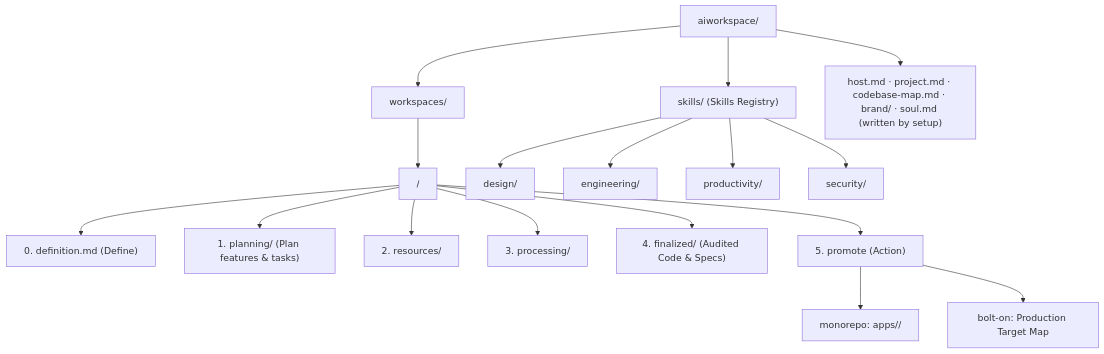
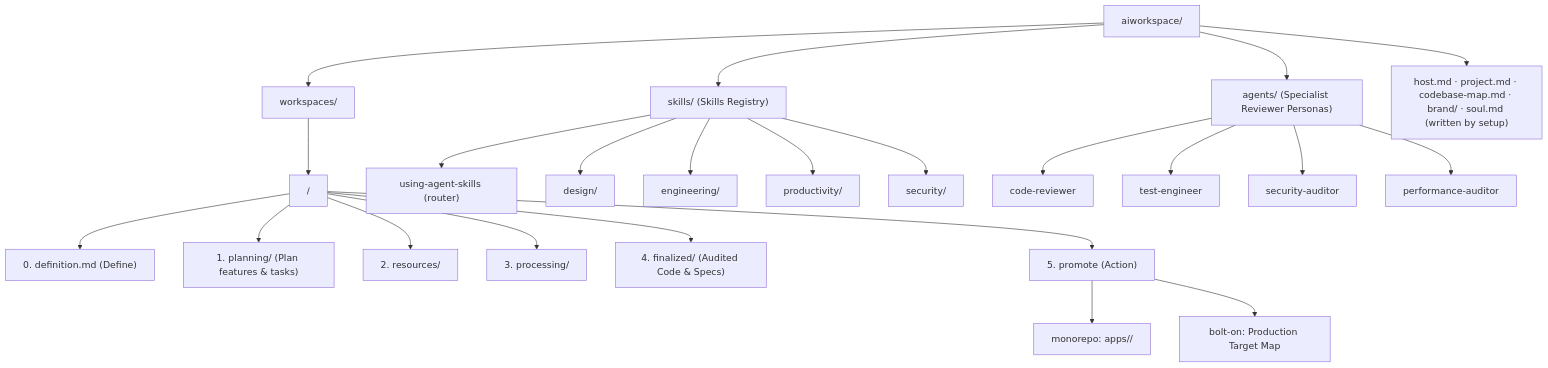
One commit to migaeldev/aiworkflows changed the diagram in aiworkspace/README.md. Above: the diagram before and after it, drawn with Mermaid. The commit also changed other lines of this file and 38 other files, not shown here.

First line of the commit message:
Add specialist review agents, humanizer skill, and harness self-checks

````diff
--- a/aiworkspace/README.md
+++ b/aiworkspace/README.md
@@ -45,21 +46,28 @@
 ```mermaid
 graph TD
     Root["aiworkspace/"] --> Workspaces["workspaces/"]
     Root --> Skills["skills/ (Skills Registry)"]
+    Root --> Agents["agents/ (Specialist Reviewer Personas)"]
     Root --> Config["host.md · project.md · codebase-map.md · brand/ · soul.md (written by setup)"]
 
     Workspaces --> Domain["<domain>/"]
     Domain --> Step0["0. definition.md (Define)"]
     Domain --> Step1["1. planning/ (Plan features & tasks)"]
     Domain --> Step2["2. resources/"]
     Domain --> Step3["3. processing/"]
     Domain --> Step4["4. finalized/ (Audited Code & Specs)"]
     Domain --> Step5["5. promote (Action)"]
     Step5 --> Mono["monorepo: apps/<workspace>/"]
     Step5 --> Bolt["bolt-on: Production Target Map"]
 
+    Skills --> Meta["using-agent-skills (router)"]
     Skills --> Design["design/"]
     Skills --> Eng["engineering/"]
     Skills --> Prod["productivity/"]
     Skills --> Sec["security/"]
+
+    Agents --> CodeReviewer["code-reviewer"]
+    Agents --> TestEngineer["test-engineer"]
+    Agents --> SecurityAuditor["security-auditor"]
+    Agents --> PerfAuditor["performance-auditor"]
 ```
````
